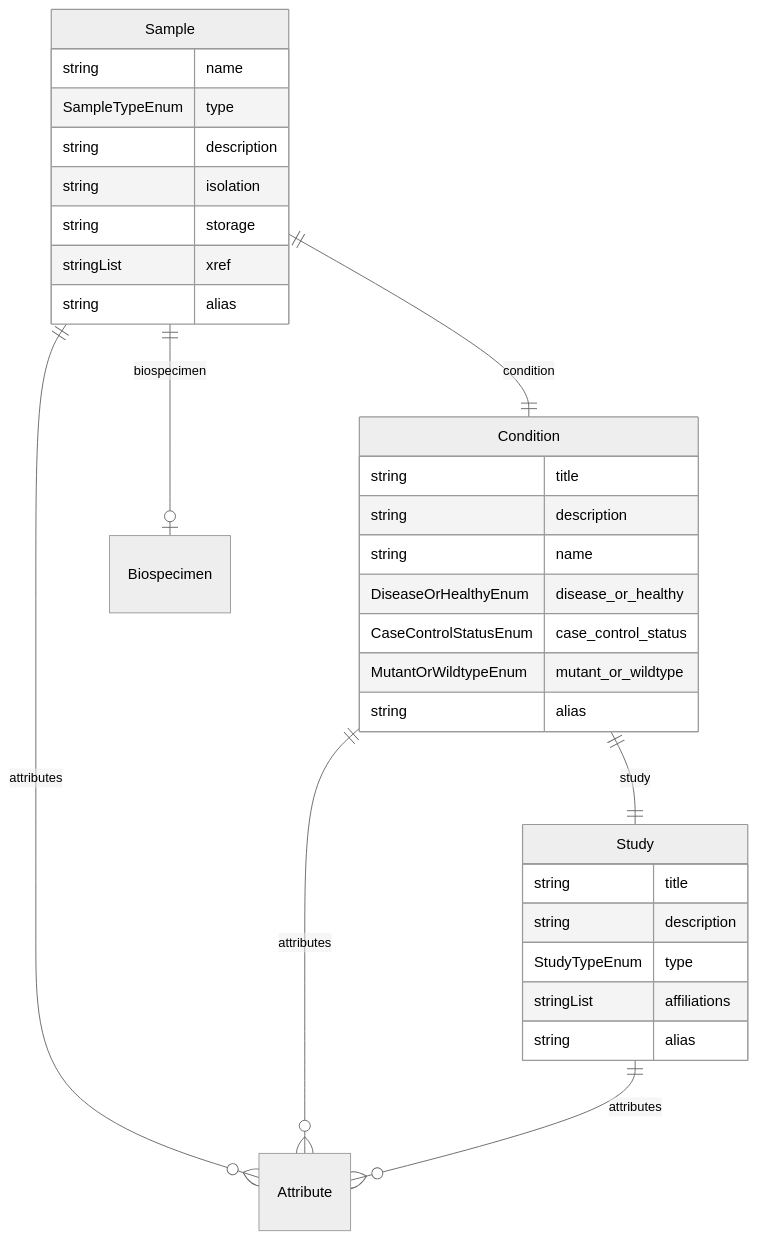
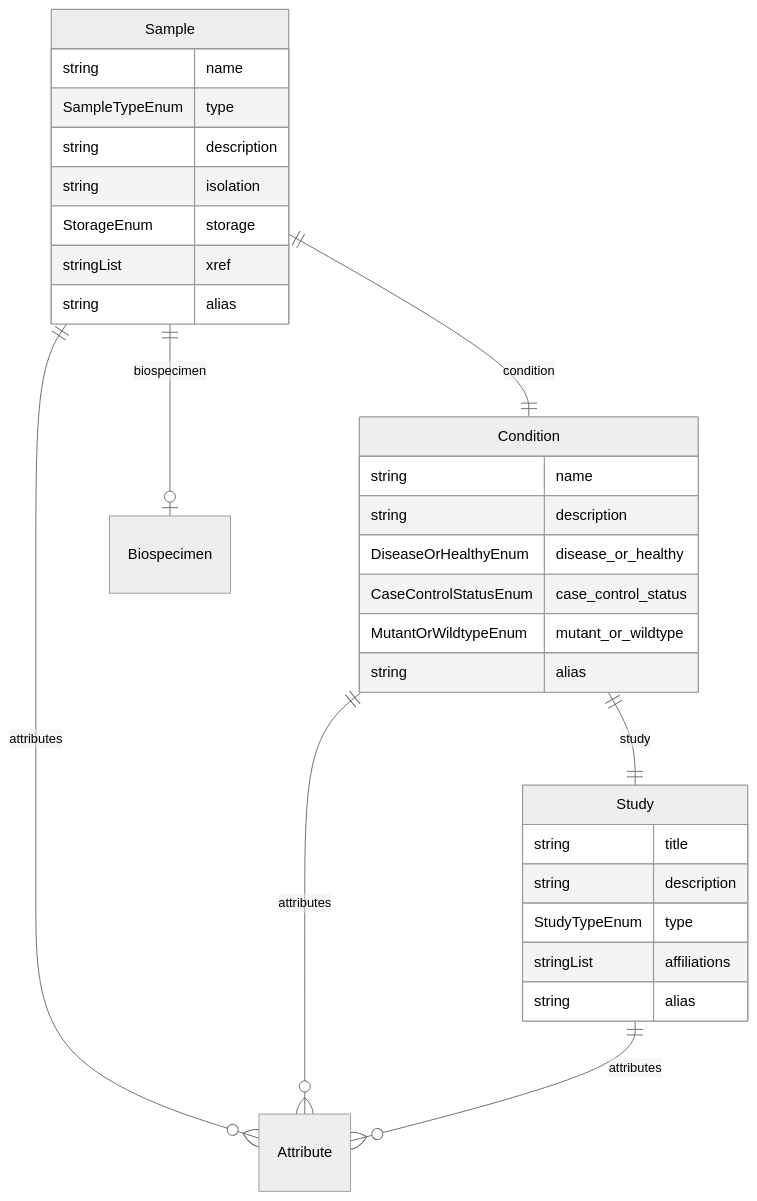
The seventh of 7 diagrams in docs/entity_relations.md (ghga-de/ghga-metadata-schema), drawn with Mermaid (neutral theme) before and after one commit. The commit also changed other lines of this file and 37 other files, not shown here.

First line of the commit message:
Schema fixes (#136)

````diff
--- a/docs/entity_relations.md
+++ b/docs/entity_relations.md
@@ -325,36 +323,35 @@
 ```mermaid
 erDiagram
 Sample {
     string name  
     SampleTypeEnum type  
     string description  
     string isolation  
-    string storage  
+    StorageEnum storage  
     stringList xref  
     string alias  
 }
 Condition {
-    string title  
+    string name  
     string description  
-    string name  
     DiseaseOrHealthyEnum disease_or_healthy  
     CaseControlStatusEnum case_control_status  
     MutantOrWildtypeEnum mutant_or_wildtype  
     string alias  
 }
 Study {
     string title  
     string description  
     StudyTypeEnum type  
     stringList affiliations  
     string alias  
 }
 
+Sample ||--|| Condition : "condition"
 Sample ||--|o Biospecimen : "biospecimen"
-Sample ||--|| Condition : "condition"
 Sample ||--}o Attribute : "attributes"
 Condition ||--|| Study : "study"
 Condition ||--}o Attribute : "attributes"
 Study ||--}o Attribute : "attributes"
 
 ```
````
